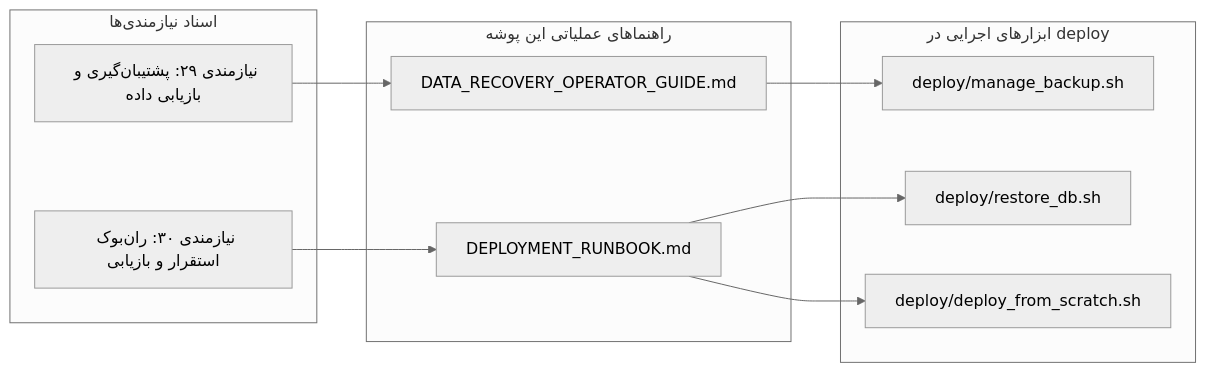
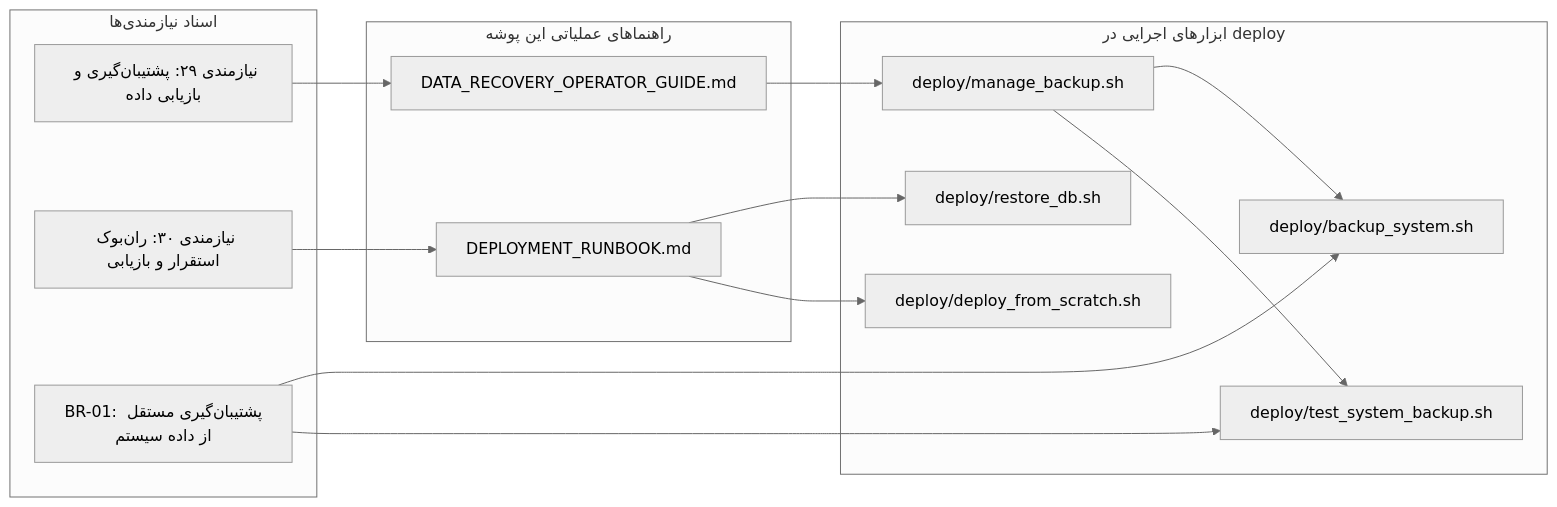
One commit to maherani/enterprise-archive-system changed the diagram in docs/backup_and_recovery/README.md. Above: the diagram before and after it, drawn with Mermaid (neutral theme). The commit also changed other lines of this file and 11 other files, not shown here.

Commit message:
feat(backup): implement independent system backup (system_only) capability (BR-01)

````diff
--- a/docs/backup_and_recovery/README.md
+++ b/docs/backup_and_recovery/README.md
@@ -19,24 +40,31 @@
 ```mermaid
 graph LR
     subgraph Requirements [اسناد نیازمندی‌ها]
         R29[نیازمندی ۲۹: پشتیبان‌گیری و بازیابی داده]
         R30[نیازمندی ۳۰: ران‌بوک استقرار و بازیابی]
+        BR01[BR-01: پشتیبان‌گیری مستقل از داده سیستم]
     end
 
     subgraph SOPs [راهنماهای عملیاتی این پوشه]
         DRG[DATA_RECOVERY_OPERATOR_GUIDE.md]
         RUN[DEPLOYMENT_RUNBOOK.md]
     end
 
     subgraph Executables [ابزارهای اجرایی در deploy]
         MB[deploy/manage_backup.sh]
+        BS[deploy/backup_system.sh]
+        TS[deploy/test_system_backup.sh]
         RST[deploy/restore_db.sh]
         DPS[deploy/deploy_from_scratch.sh]
     end
 
     R29 --> DRG
     R30 --> RUN
+    BR01 --> BS
+    BR01 --> TS
     DRG --> MB
     RUN --> RST
     RUN --> DPS
+    MB --> BS
+    MB --> TS
 ```
````
